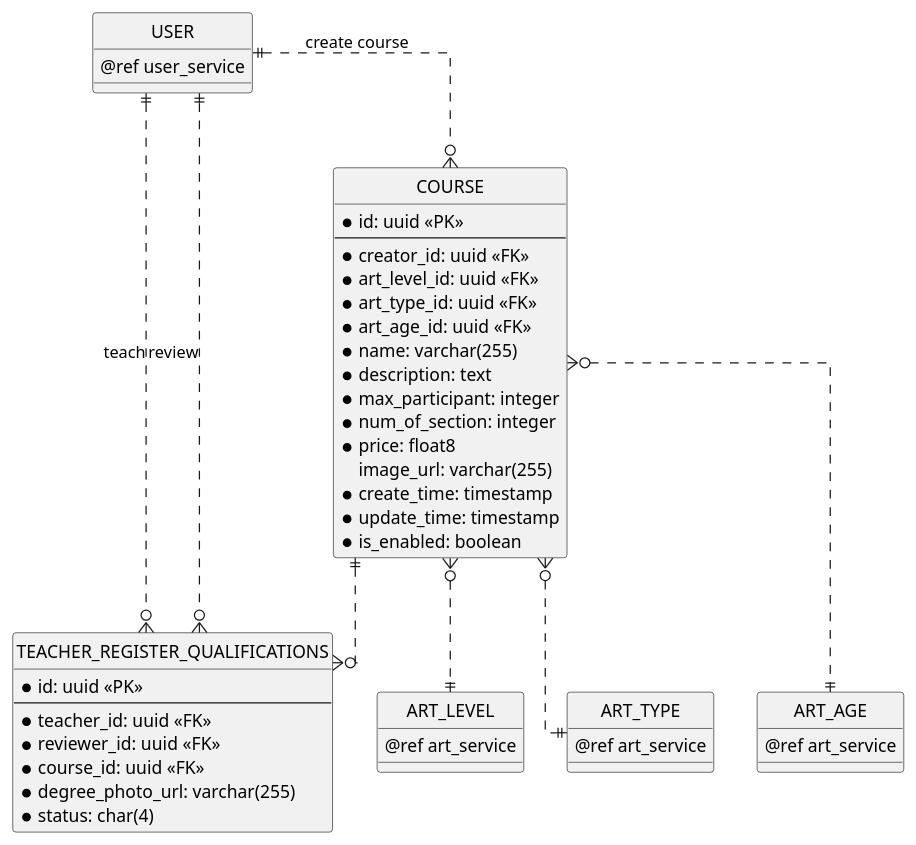
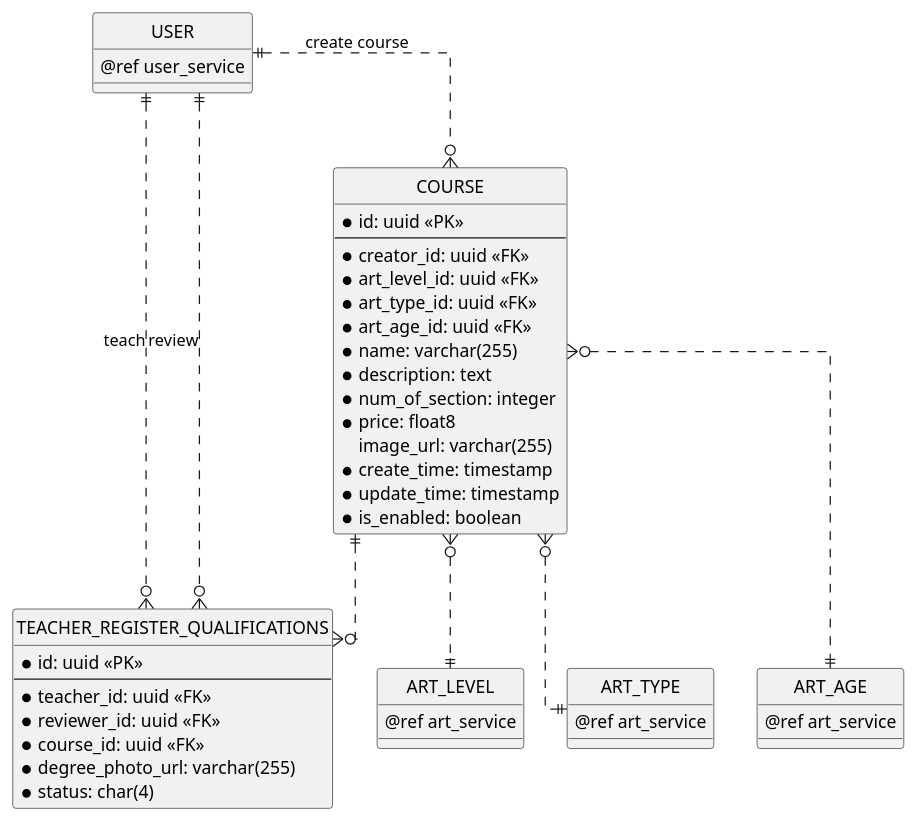
One commit to chungnguyenbkcse/ERD-USECASE-KIDSDRAWING changed the fourth of 12 diagrams in erd.md. Above: the diagram before and after it, drawn with PlantUML. The commit also changed other lines of this file and 1 other file, not shown here.

````diff
--- a/erd.md
+++ b/erd.md
@@ -182,64 +182,63 @@
 ```plantuml
 @startuml course_service
 ' hide the spot
 hide circle
 
 ' avoid problems with angled crows feet
 skinparam linetype ortho
 
 entity "USER" as user {
     @ref user_service
 }
 
 entity "ART_LEVEL" as art_level {
     @ref art_service
 }
 
 entity "ART_TYPE" as art_type {
     @ref art_service
 }
 
 entity "ART_AGE" as art_age {
     @ref art_service
 }
 
 entity "TEACHER_REGISTER_QUALIFICATIONS" as teacher_register_qualification {
     * id: uuid <<PK>>
     --
     * teacher_id: uuid <<FK>>
     * reviewer_id: uuid <<FK>>
     * course_id: uuid <<FK>>
     * degree_photo_url: varchar(255)
     * status: char(4)
 }
 
 entity "COURSE" as course {
     * id: uuid <<PK>>
     --
     * creator_id: uuid <<FK>>
     * art_level_id: uuid <<FK>>
     * art_type_id: uuid <<FK>>
     * art_age_id: uuid <<FK>>
     * name: varchar(255)
     * description: text
-    * max_participant: integer
     * num_of_section: integer
     * price: float8
     image_url: varchar(255)
     * create_time: timestamp
     * update_time: timestamp
     * is_enabled: boolean
 }
 
 
 ' Course Relationship
 
 user ||..o{ course: create course
 user ||..o{ teacher_register_qualification: teach
 user ||..o{ teacher_register_qualification: review
 course ||..o{ teacher_register_qualification
 course }o..|| art_level
 course }o..|| art_type
 course }o..|| art_age
 @enduml
 ```
````
